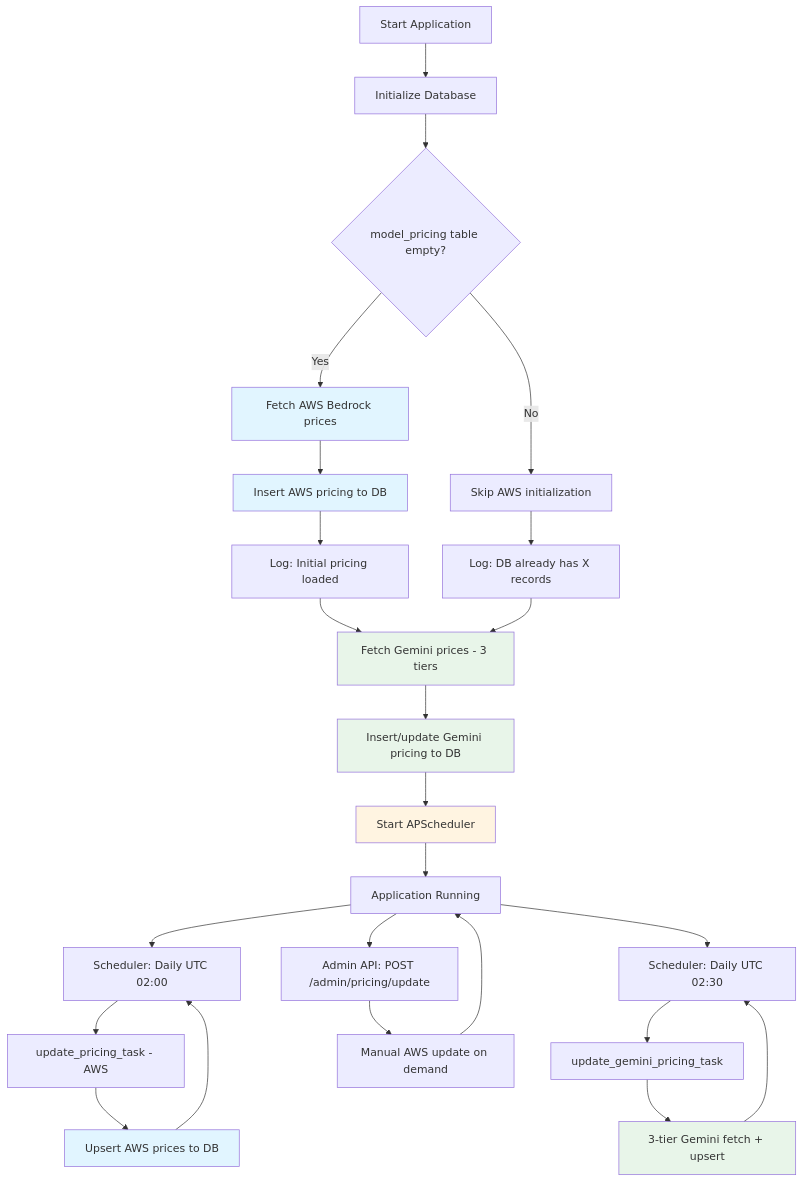
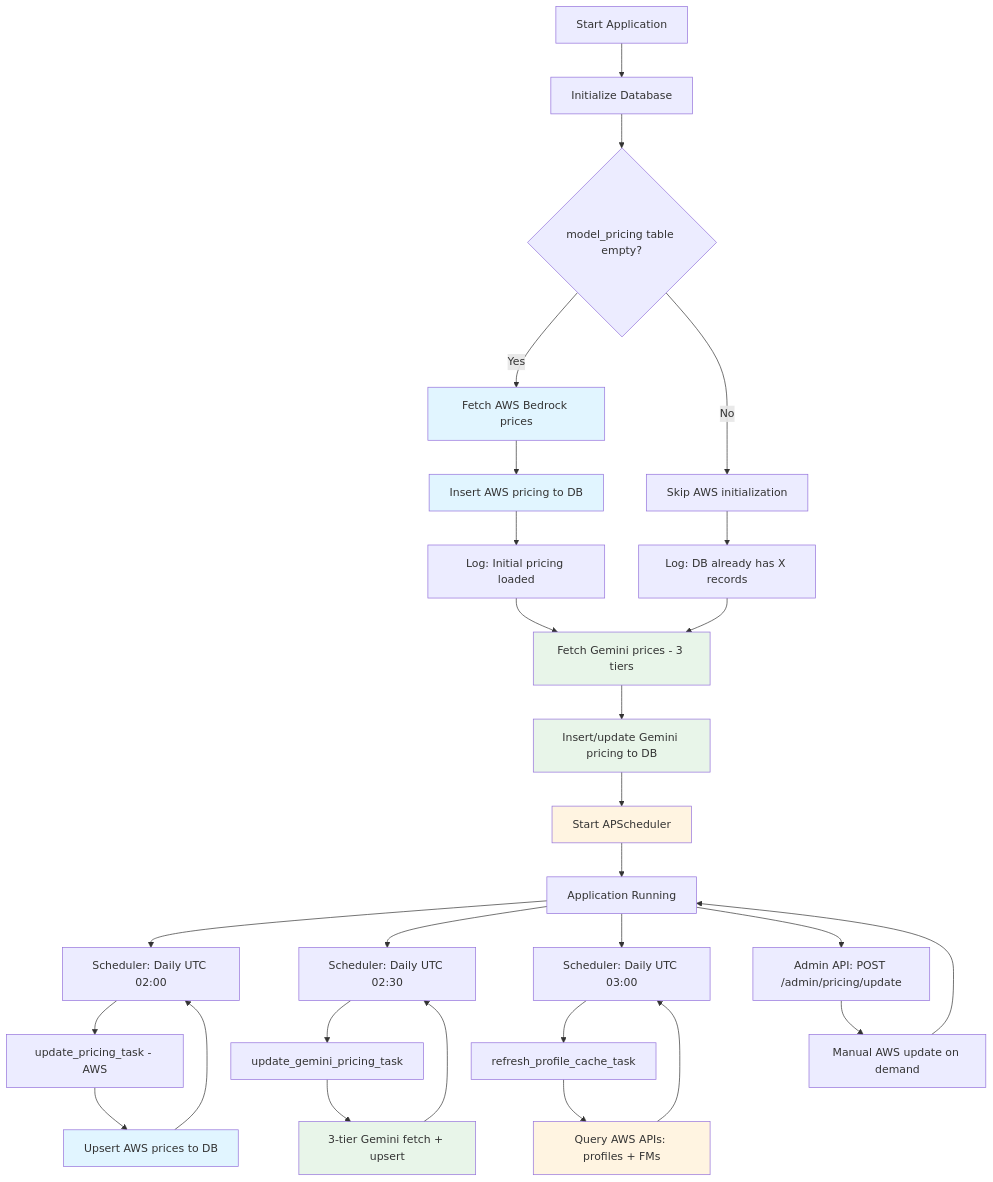
The diagram in docs/pricing-system.md (aws-samples/sample-kolya-br-proxy), drawn with Mermaid before and after one commit. The commit also changed other lines of this file and 26 other files, not shown here.

````diff
--- a/docs/pricing-system.md
+++ b/docs/pricing-system.md
@@ -161,37 +161,43 @@
 ```mermaid
 flowchart TD
     A[Start Application] --> B[Initialize Database]
     B --> C{model_pricing table empty?}
     C -->|Yes| D[Fetch AWS Bedrock prices]
     C -->|No| E[Skip AWS initialization]
     D --> F[Insert AWS pricing to DB]
     F --> G[Log: Initial pricing loaded]
     E --> H[Log: DB already has X records]
     G --> Init2[Fetch Gemini prices - 3 tiers]
     H --> Init2
     Init2 --> I[Insert/update Gemini pricing to DB]
     I --> J[Start APScheduler]
     J --> K[Application Running]
 
     K --> L1[Scheduler: Daily UTC 02:00]
     L1 --> M1[update_pricing_task - AWS]
     M1 --> N1[Upsert AWS prices to DB]
     N1 --> L1
 
     K --> L2[Scheduler: Daily UTC 02:30]
     L2 --> M2[update_gemini_pricing_task]
     M2 --> N2[3-tier Gemini fetch + upsert]
     N2 --> L2
 
+    K --> L3[Scheduler: Daily UTC 03:00]
+    L3 --> M3[refresh_profile_cache_task]
+    M3 --> N3[Query AWS APIs: profiles + FMs]
+    N3 --> L3
+
     K --> Q[Admin API: POST /admin/pricing/update]
     Q --> R[Manual AWS update on demand]
     R --> K
 
     style D fill:#e1f5ff
     style F fill:#e1f5ff
     style Init2 fill:#e8f5e9
     style I fill:#e8f5e9
     style N1 fill:#e1f5ff
     style N2 fill:#e8f5e9
+    style N3 fill:#fff4e1
     style J fill:#fff4e1
 ```
````
